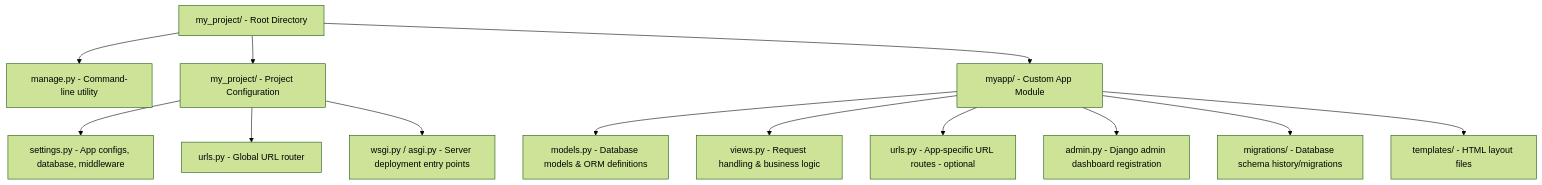
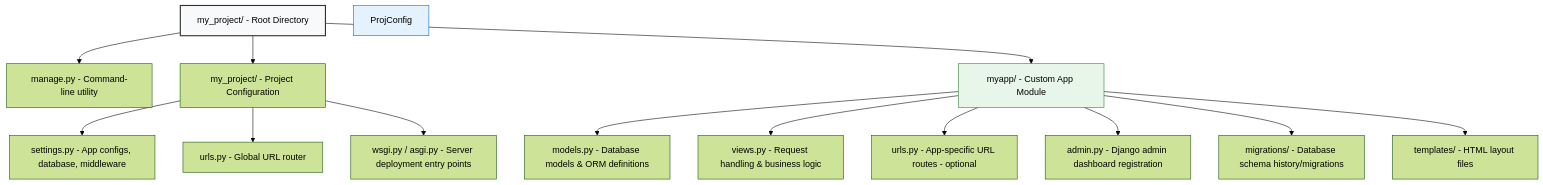
One commit to matt2ology/tech-journal-and-blog changed the third of 3 diagrams in synthesis/courses/django-6-the-big-picture/00-django-6-the-big-picture-synthesis.md. Above: the diagram before and after it, drawn with Mermaid (forest theme).

Commit message:
fix: enhance flowchart styling for improved clarity in Django project structure

````diff
--- a/synthesis/courses/django-6-the-big-picture/00-django-6-the-big-picture-synthesis.md
+++ b/synthesis/courses/django-6-the-big-picture/00-django-6-the-big-picture-synthesis.md
@@ -92,31 +92,36 @@
 ```mermaid
 flowchart TD
     root[my_project/ - Root Directory]
     manage[manage.py - Command-line utility]
     projConfig[my_project/ - Project Configuration]
     appDir[myapp/ - Custom App Module]
 
     settings[settings.py - App configs, database, middleware]
     projURLs[urls.py - Global URL router]
     wsgi[wsgi.py / asgi.py - Server deployment entry points]
 
     models[models.py - Database models & ORM definitions]
     views[views.py - Request handling & business logic]
     appURLs[urls.py - App-specific URL routes - optional]
     admin[admin.py - Django admin dashboard registration]
     migrations[migrations/ - Database schema history/migrations]
     templates[templates/ - HTML layout files]
 
     root --> manage
     root --> projConfig
     root --> appDir
     projConfig --> settings
     projConfig --> projURLs
     projConfig --> wsgi
     appDir --> models
     appDir --> views
     appDir --> appURLs
     appDir --> admin
     appDir --> migrations
     appDir --> templates
+
+    %% Styling for clarity
+    style root fill:#f8f9fa,stroke:#333,stroke-width:2px
+    style ProjConfig fill:#e3f2fd,stroke:#1565c0,stroke-width:1px
+    style appDir fill:#e8f5e9,stroke:#2e7d32,stroke-width:1px
 ```
````
